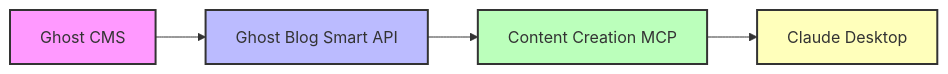
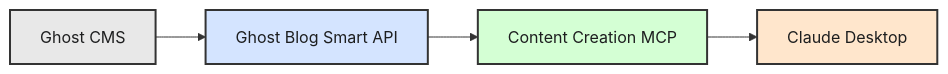
The diagram in README.md (preangelleo/ghost-blog-management-mcp), drawn with Mermaid before and after one commit.

Commit message:
fix: Improve mermaid diagram text visibility with better color contrast
- Changed to lighter background colors
- Added explicit dark text color (#1d1e1f) for readability
- Ensured all diagram text is clearly visible

````diff
--- a/README.md
+++ b/README.md
@@ -290,11 +290,11 @@
 ```mermaid
 graph LR
     A[Ghost CMS] --> B[Ghost Blog Smart API]
     B --> C[Content Creation MCP]
     C --> D[Claude Desktop]
     
-    style A fill:#f9f,stroke:#333,stroke-width:2px
-    style B fill:#bbf,stroke:#333,stroke-width:2px
-    style C fill:#bfb,stroke:#333,stroke-width:2px
-    style D fill:#ffb,stroke:#333,stroke-width:2px
+    style A fill:#E8E8E8,stroke:#333,stroke-width:2px,color:#1d1e1f
+    style B fill:#D4E4FF,stroke:#333,stroke-width:2px,color:#1d1e1f
+    style C fill:#D4FFD4,stroke:#333,stroke-width:2px,color:#1d1e1f
+    style D fill:#FFE6CC,stroke:#333,stroke-width:2px,color:#1d1e1f
 ```
````
